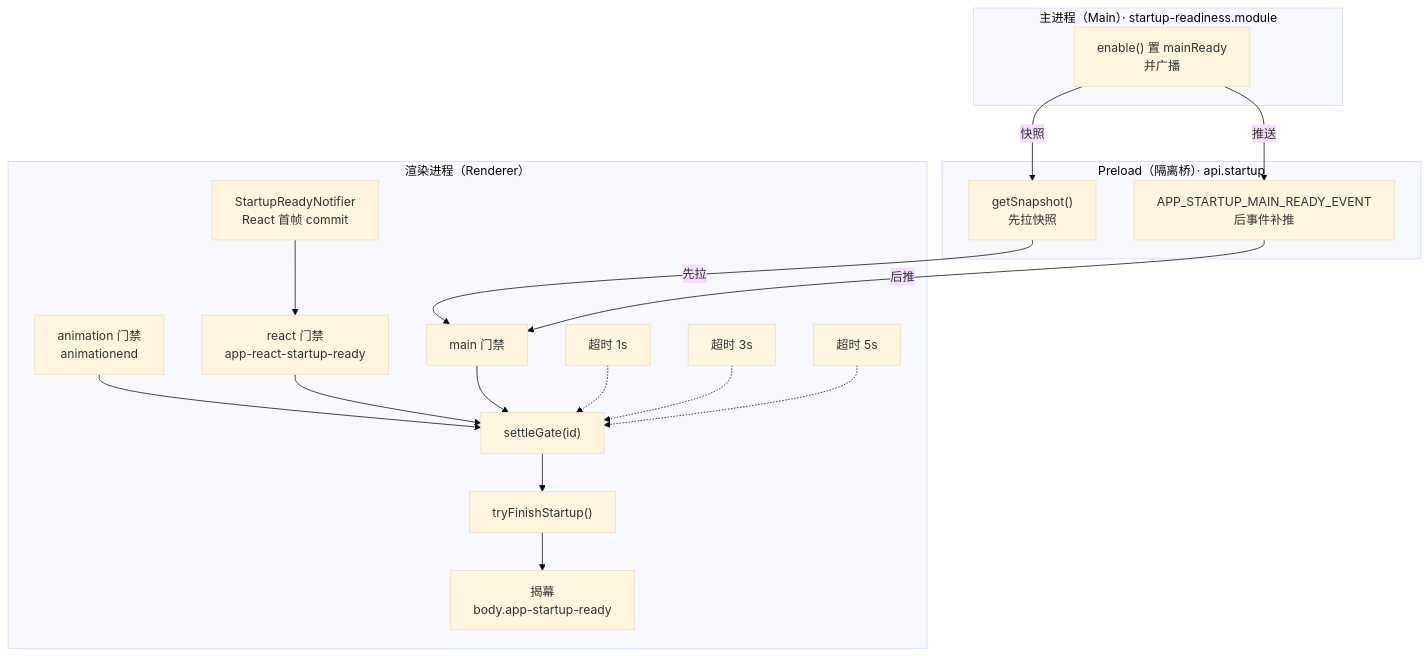
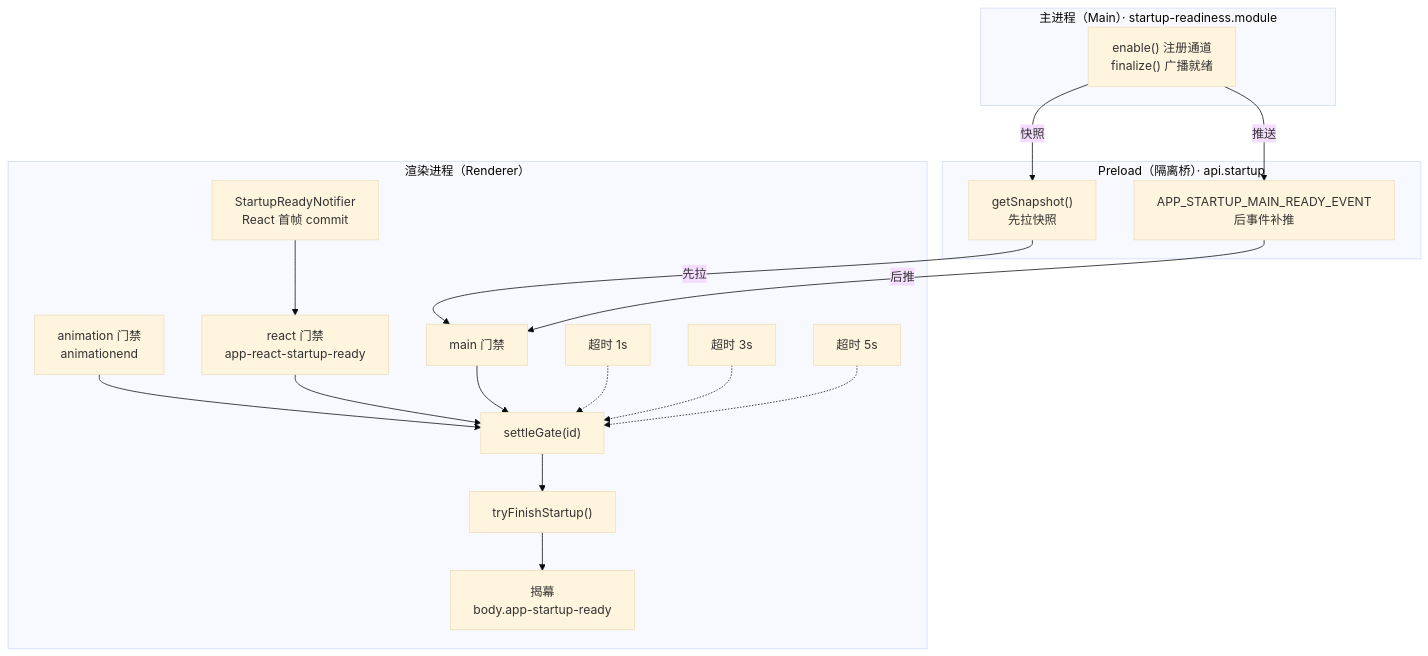
The diagram in packages/docs/src/pages/ui/first-screen.md (BanShan-Alec/electron-react-monorepo-template), drawn with Mermaid (base theme) before and after one commit. The commit also changed other lines of this file and 6 other files, not shown here.

````diff
--- a/packages/docs/src/pages/ui/first-screen.md
+++ b/packages/docs/src/pages/ui/first-screen.md
@@ -22,31 +22,31 @@
 ```mermaid
 flowchart TB
   subgraph renderer["渲染进程（Renderer）"]
     StartupReadyNotifier["StartupReadyNotifier<br/>React 首帧 commit"]
     animation["animation 门禁<br/>animationend"]
     react["react 门禁<br/>app-react-startup-ready"]
     main["main 门禁"]
     settleGate["settleGate(id)"]
     tryFinishStartup["tryFinishStartup()"]
     APP_STARTUP_READY_CLASS["揭幕<br/>body.app-startup-ready"]
     STARTUP_ANIMATION_FALLBACK_MS["超时 1s"]
     STARTUP_REACT_FALLBACK_MS["超时 3s"]
     STARTUP_MAIN_FALLBACK_MS["超时 5s"]
   end
   subgraph preload["Preload（隔离桥）· api.startup"]
     getSnapshot["getSnapshot()<br/>先拉快照"]
     APP_STARTUP_MAIN_READY_EVENT["APP_STARTUP_MAIN_READY_EVENT<br/>后事件补推"]
   end
   subgraph mainProcess["主进程（Main）· startup-readiness.module"]
-    startupReadiness["enable() 置 mainReady<br/>并广播"]
+    startupReadiness["enable() 注册通道<br/>finalize() 广播就绪"]
   end
   StartupReadyNotifier --> react
   animation & react & main --> settleGate
   STARTUP_ANIMATION_FALLBACK_MS & STARTUP_REACT_FALLBACK_MS & STARTUP_MAIN_FALLBACK_MS -.-> settleGate
   settleGate --> tryFinishStartup
   tryFinishStartup --> APP_STARTUP_READY_CLASS
   startupReadiness -->|"快照"| getSnapshot
   startupReadiness -->|"推送"| APP_STARTUP_MAIN_READY_EVENT
   getSnapshot -->|"先拉"| main
   APP_STARTUP_MAIN_READY_EVENT -->|"后推"| main
 ```
````
